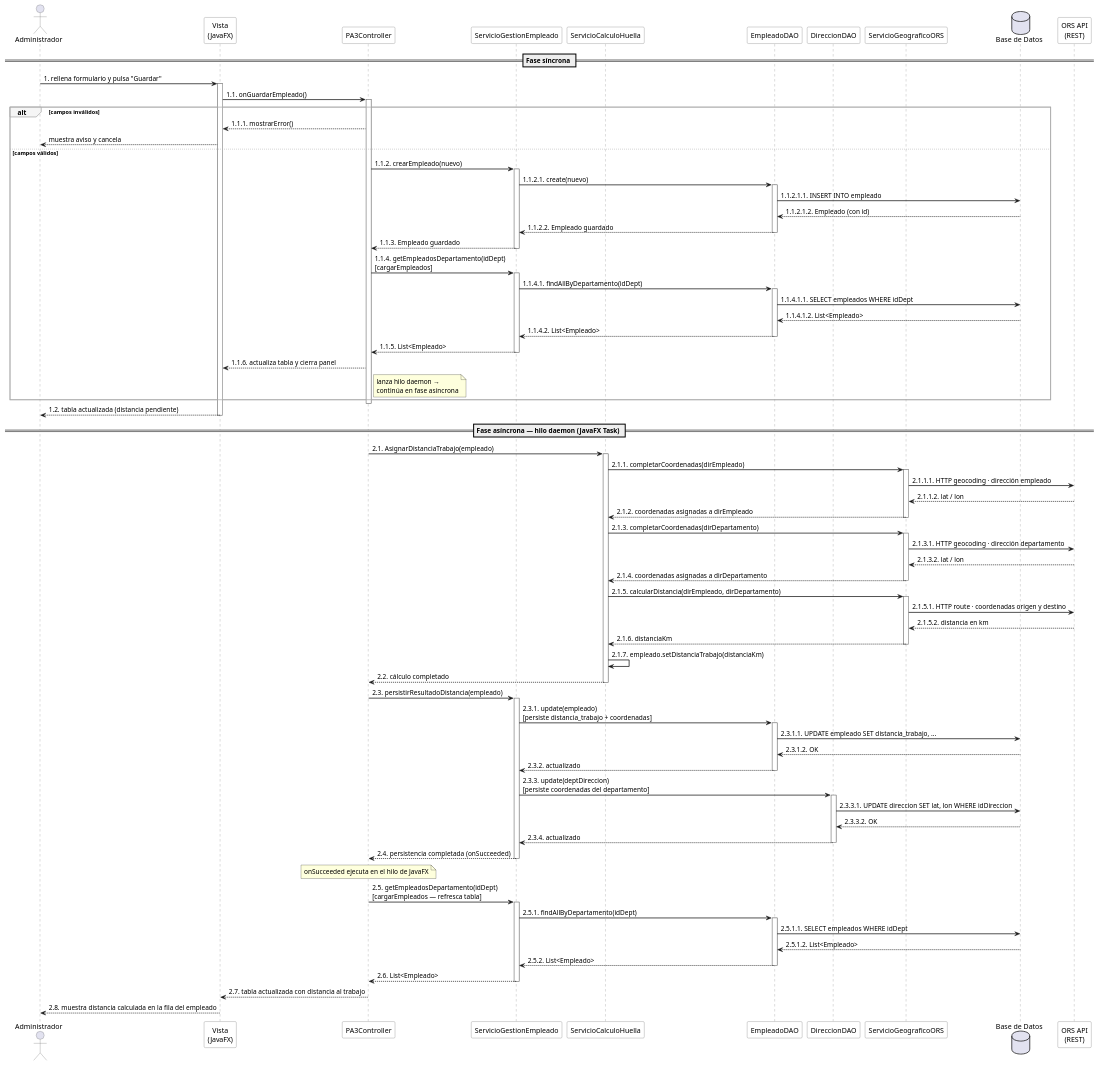
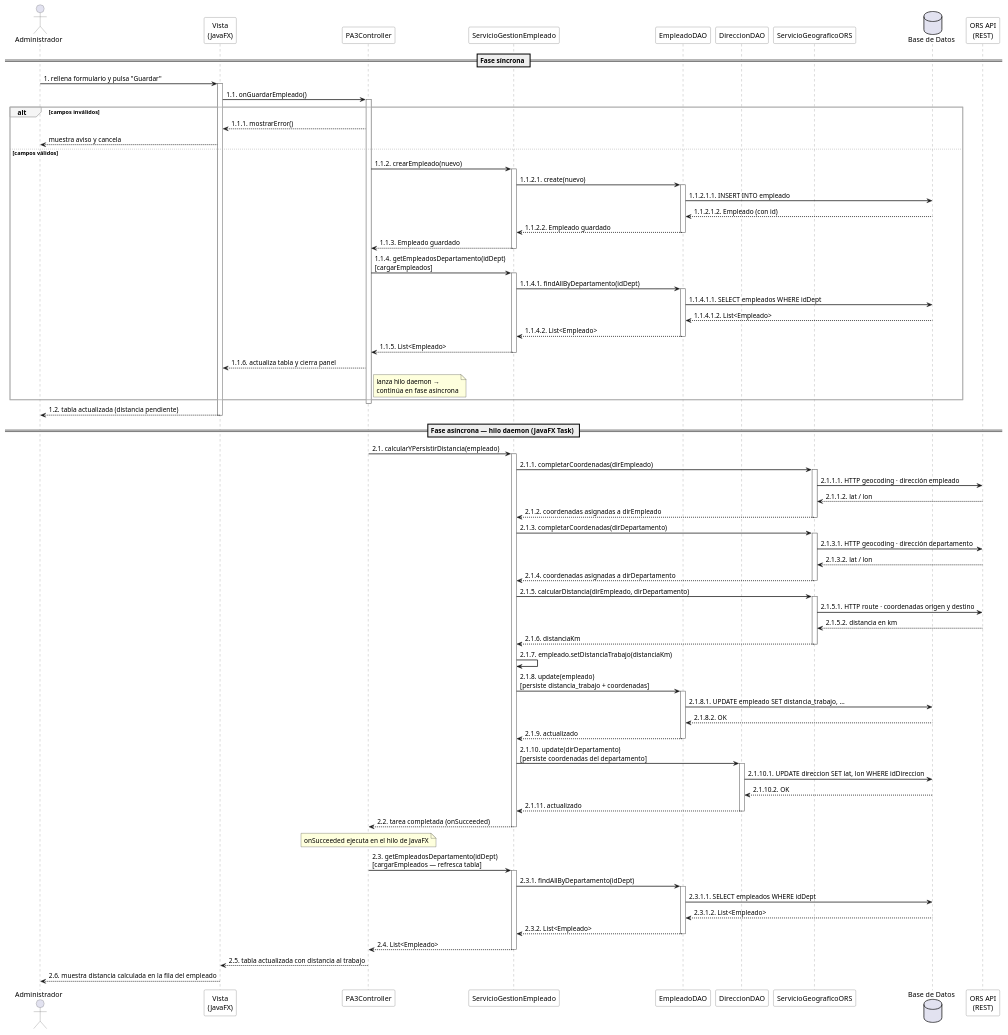
The diagram in docs/diagrams/diagrama_secuencia_alta_empleado.puml (noeparamenos/carbonAudit_manager), drawn with PlantUML before and after one commit.

Commit message:
Docs: actualizar diagrama alta empleado tras refactor de ServicioGestionEmpleado
El diagrama refleja que PA3Controller ya no usa ServicioCalculoHuella;
toda la fase asíncrona (geocoding + distancia + persistencia) ocurre
dentro de ServicioGestionEmpleado.calcularYPersistirDistancia().

```diff
--- a/docs/diagrams/diagrama_secuencia_alta_empleado.puml
+++ b/docs/diagrams/diagrama_secuencia_alta_empleado.puml
@@ -1,137 +1,132 @@
 @startuml Diagrama de Secuencia - Alta de Empleado
 
 skinparam sequenceArrowThickness 1.5
 skinparam participant {
     BackgroundColor White
     BorderColor #555
 }
 skinparam actor {
     BorderColor #555
 }
 skinparam sequence {
     LifeLineBorderColor #777
     GroupBackgroundColor #F5F5F5
     GroupBorderColor #AAAAAA
 }
 
 actor "Administrador" as Admin
 participant "Vista\n(JavaFX)" as UI
 participant "PA3Controller" as Ctrl
 participant "ServicioGestionEmpleado" as ServGestion
-participant "ServicioCalculoHuella" as ServHuella
 participant "EmpleadoDAO" as EmpDAO
 participant "DireccionDAO" as DirDAO
 participant "ServicioGeograficoORS" as ORS
 database "Base de Datos" as BD
 participant "ORS API\n(REST)" as ORSAPI
 
 == Fase síncrona ==
 
 Admin -> UI : 1. rellena formulario y pulsa "Guardar"
 activate UI
 
 UI -> Ctrl : 1.1. onGuardarEmpleado()
 activate Ctrl
 
 alt campos inválidos
     Ctrl --> UI : 1.1.1. mostrarError()
     UI --> Admin : muestra aviso y cancela
 else campos válidos
 
     Ctrl -> ServGestion : 1.1.2. crearEmpleado(nuevo)
     activate ServGestion
         ServGestion -> EmpDAO : 1.1.2.1. create(nuevo)
         activate EmpDAO
             EmpDAO -> BD : 1.1.2.1.1. INSERT INTO empleado
             BD --> EmpDAO : 1.1.2.1.2. Empleado (con id)
         EmpDAO --> ServGestion : 1.1.2.2. Empleado guardado
         deactivate EmpDAO
     ServGestion --> Ctrl : 1.1.3. Empleado guardado
     deactivate ServGestion
 
     Ctrl -> ServGestion : 1.1.4. getEmpleadosDepartamento(idDept)\n[cargarEmpleados]
     activate ServGestion
         ServGestion -> EmpDAO : 1.1.4.1. findAllByDepartamento(idDept)
         activate EmpDAO
             EmpDAO -> BD : 1.1.4.1.1. SELECT empleados WHERE idDept
             BD --> EmpDAO : 1.1.4.1.2. List<Empleado>
         EmpDAO --> ServGestion : 1.1.4.2. List<Empleado>
         deactivate EmpDAO
     ServGestion --> Ctrl : 1.1.5. List<Empleado>
     deactivate ServGestion
 
     Ctrl --> UI : 1.1.6. actualiza tabla y cierra panel
     note right of Ctrl : lanza hilo daemon →\ncontinúa en fase asíncrona
 
 end
 
 deactivate Ctrl
 UI --> Admin : 1.2. tabla actualizada (distancia pendiente)
 deactivate UI
 
 == Fase asíncrona — hilo daemon (JavaFX Task) ==
 
-Ctrl -> ServHuella : 2.1. AsignarDistanciaTrabajo(empleado)
-activate ServHuella
+Ctrl -> ServGestion : 2.1. calcularYPersistirDistancia(empleado)
+activate ServGestion
 
-ServHuella -> ORS : 2.1.1. completarCoordenadas(dirEmpleado)
+ServGestion -> ORS : 2.1.1. completarCoordenadas(dirEmpleado)
 activate ORS
     ORS -> ORSAPI : 2.1.1.1. HTTP geocoding · dirección empleado
     ORSAPI --> ORS : 2.1.1.2. lat / lon
-ORS --> ServHuella : 2.1.2. coordenadas asignadas a dirEmpleado
+ORS --> ServGestion : 2.1.2. coordenadas asignadas a dirEmpleado
 deactivate ORS
 
-ServHuella -> ORS : 2.1.3. completarCoordenadas(dirDepartamento)
+ServGestion -> ORS : 2.1.3. completarCoordenadas(dirDepartamento)
 activate ORS
     ORS -> ORSAPI : 2.1.3.1. HTTP geocoding · dirección departamento
     ORSAPI --> ORS : 2.1.3.2. lat / lon
-ORS --> ServHuella : 2.1.4. coordenadas asignadas a dirDepartamento
+ORS --> ServGestion : 2.1.4. coordenadas asignadas a dirDepartamento
 deactivate ORS
 
-ServHuella -> ORS : 2.1.5. calcularDistancia(dirEmpleado, dirDepartamento)
+ServGestion -> ORS : 2.1.5. calcularDistancia(dirEmpleado, dirDepartamento)
 activate ORS
     ORS -> ORSAPI : 2.1.5.1. HTTP route · coordenadas origen y destino
     ORSAPI --> ORS : 2.1.5.2. distancia en km
-ORS --> ServHuella : 2.1.6. distanciaKm
+ORS --> ServGestion : 2.1.6. distanciaKm
 deactivate ORS
 
-ServHuella -> ServHuella : 2.1.7. empleado.setDistanciaTrabajo(distanciaKm)
+ServGestion -> ServGestion : 2.1.7. empleado.setDistanciaTrabajo(distanciaKm)
 
-ServHuella --> Ctrl : 2.2. cálculo completado
-deactivate ServHuella
+ServGestion -> EmpDAO : 2.1.8. update(empleado)\n[persiste distancia_trabajo + coordenadas]
+activate EmpDAO
+    EmpDAO -> BD : 2.1.8.1. UPDATE empleado SET distancia_trabajo, ...
+    BD --> EmpDAO : 2.1.8.2. OK
+EmpDAO --> ServGestion : 2.1.9. actualizado
+deactivate EmpDAO
 
-Ctrl -> ServGestion : 2.3. persistirResultadoDistancia(empleado)
-activate ServGestion
-    ServGestion -> EmpDAO : 2.3.1. update(empleado)\n[persiste distancia_trabajo + coordenadas]
-    activate EmpDAO
-        EmpDAO -> BD : 2.3.1.1. UPDATE empleado SET distancia_trabajo, ...
-        BD --> EmpDAO : 2.3.1.2. OK
-    EmpDAO --> ServGestion : 2.3.2. actualizado
-    deactivate EmpDAO
+ServGestion -> DirDAO : 2.1.10. update(dirDepartamento)\n[persiste coordenadas del departamento]
+activate DirDAO
+    DirDAO -> BD : 2.1.10.1. UPDATE direccion SET lat, lon WHERE idDireccion
+    BD --> DirDAO : 2.1.10.2. OK
+DirDAO --> ServGestion : 2.1.11. actualizado
+deactivate DirDAO
 
-    ServGestion -> DirDAO : 2.3.3. update(deptDireccion)\n[persiste coordenadas del departamento]
-    activate DirDAO
-        DirDAO -> BD : 2.3.3.1. UPDATE direccion SET lat, lon WHERE idDireccion
-        BD --> DirDAO : 2.3.3.2. OK
-    DirDAO --> ServGestion : 2.3.4. actualizado
-    deactivate DirDAO
-ServGestion --> Ctrl : 2.4. persistencia completada (onSucceeded)
+ServGestion --> Ctrl : 2.2. tarea completada (onSucceeded)
 deactivate ServGestion
 
 note over Ctrl : onSucceeded ejecuta en el hilo de JavaFX
 
-Ctrl -> ServGestion : 2.5. getEmpleadosDepartamento(idDept)\n[cargarEmpleados — refresca tabla]
+Ctrl -> ServGestion : 2.3. getEmpleadosDepartamento(idDept)\n[cargarEmpleados — refresca tabla]
 activate ServGestion
-    ServGestion -> EmpDAO : 2.5.1. findAllByDepartamento(idDept)
+    ServGestion -> EmpDAO : 2.3.1. findAllByDepartamento(idDept)
     activate EmpDAO
-        EmpDAO -> BD : 2.5.1.1. SELECT empleados WHERE idDept
-        BD --> EmpDAO : 2.5.1.2. List<Empleado>
-    EmpDAO --> ServGestion : 2.5.2. List<Empleado>
+        EmpDAO -> BD : 2.3.1.1. SELECT empleados WHERE idDept
+        BD --> EmpDAO : 2.3.1.2. List<Empleado>
+    EmpDAO --> ServGestion : 2.3.2. List<Empleado>
     deactivate EmpDAO
-ServGestion --> Ctrl : 2.6. List<Empleado>
+ServGestion --> Ctrl : 2.4. List<Empleado>
 deactivate ServGestion
 
-Ctrl --> UI : 2.7. tabla actualizada con distancia al trabajo
-UI --> Admin : 2.8. muestra distancia calculada en la fila del empleado
+Ctrl --> UI : 2.5. tabla actualizada con distancia al trabajo
+UI --> Admin : 2.6. muestra distancia calculada en la fila del empleado
 
 @enduml
```
